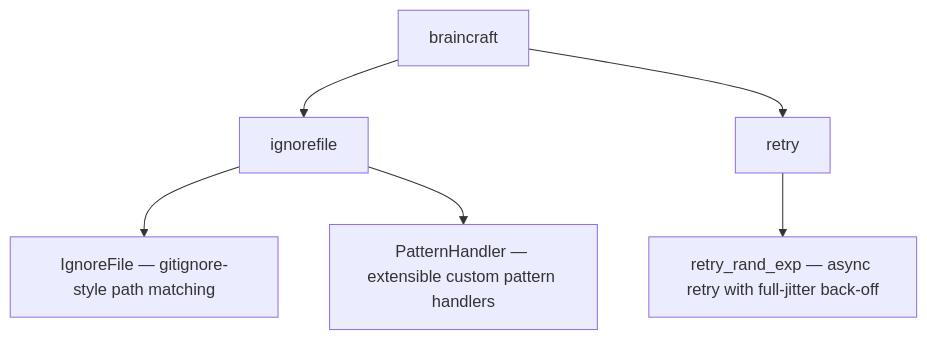
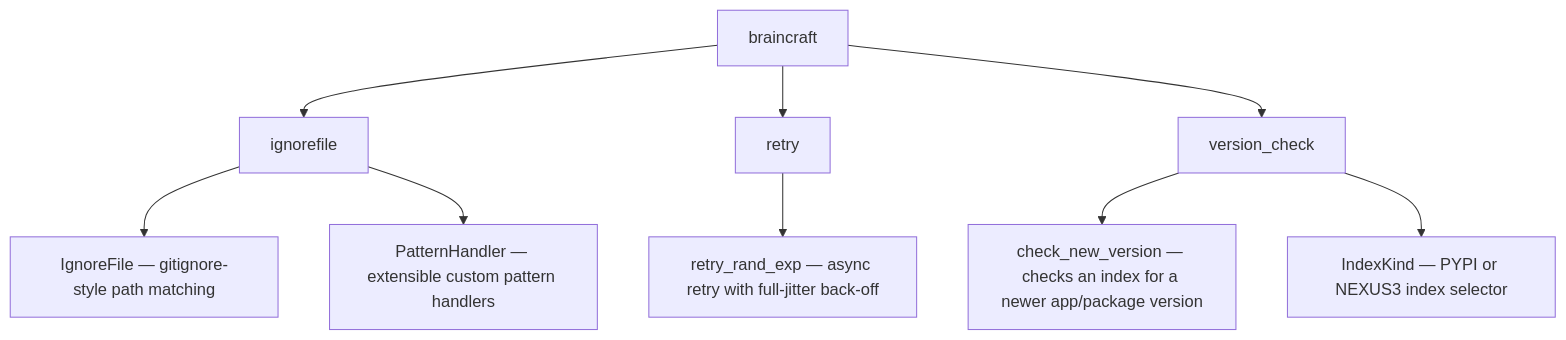
The diagram in README.md (rcw3bb/braincraft), drawn with Mermaid before and after one commit. The commit also changed other lines of this file and 6 other files, not shown here.

Commit message:
feat: add version_check module to check for newer application versions and update documentation (#4)

````diff
--- a/README.md
+++ b/README.md
@@ -28,8 +28,11 @@
 ```mermaid
 graph TD
     A[braincraft] --> B[ignorefile]
     A --> C[retry]
+    A --> D[version_check]
     B --> B1["IgnoreFile — gitignore-style path matching"]
     B --> B2["PatternHandler — extensible custom pattern handlers"]
     C --> C1["retry_rand_exp — async retry with full-jitter back-off"]
+    D --> D1["check_new_version — checks an index for a newer app/package version"]
+    D --> D2["IndexKind — PYPI or NEXUS3 index selector"]
 ```
````
